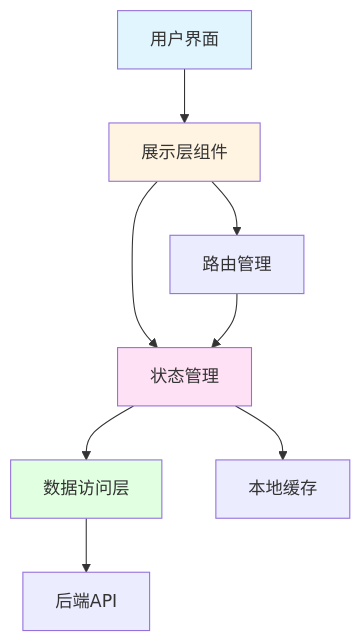
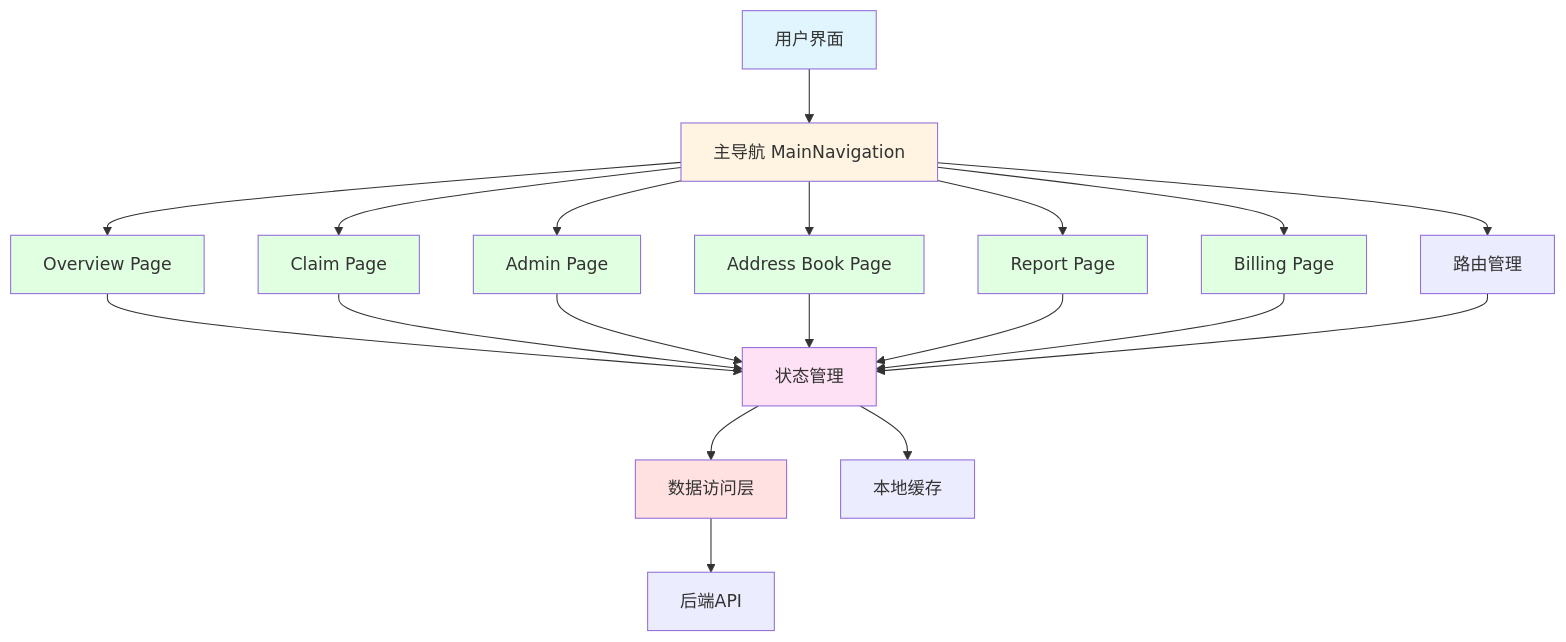
The diagram in .kiro/specs/lso-account-dashboard/design.md (WYJade/LSO-WebSite-Project), drawn with Mermaid before and after one commit. The commit also changed other lines of this file and 5 other files, not shown here.

Commit message:
Update spec: Add navigation redesign with 6 modules (Overview, Claim, Admin, Address book, Report, Billing)

````diff
--- a/.kiro/specs/lso-account-dashboard/design.md
+++ b/.kiro/specs/lso-account-dashboard/design.md
@@ -40,17 +51,36 @@
 ```mermaid
 graph TD
-    A[用户界面] --> B[展示层组件]
-    B --> C[状态管理]
-    C --> D[数据访问层]
-    D --> E[后端API]
+    A[用户界面] --> B[主导航 MainNavigation]
+    B --> C1[Overview Page]
+    B --> C2[Claim Page]
+    B --> C3[Admin Page]
+    B --> C4[Address Book Page]
+    B --> C5[Report Page]
+    B --> C6[Billing Page]
     
-    B --> F[路由管理]
-    F --> C
+    C1 --> D[状态管理]
+    C2 --> D
+    C3 --> D
+    C4 --> D
+    C5 --> D
+    C6 --> D
     
-    C --> G[本地缓存]
+    D --> E[数据访问层]
+    E --> F[后端API]
+    
+    D --> G[本地缓存]
+    
+    B --> H[路由管理]
+    H --> D
     
     style A fill:#e1f5ff
     style B fill:#fff4e1
-    style C fill:#ffe1f5
-    style D fill:#e1ffe1
+    style C1 fill:#e1ffe1
+    style C2 fill:#e1ffe1
+    style C3 fill:#e1ffe1
+    style C4 fill:#e1ffe1
+    style C5 fill:#e1ffe1
+    style C6 fill:#e1ffe1
+    style D fill:#ffe1f5
+    style E fill:#ffe1e1
 ```
````
